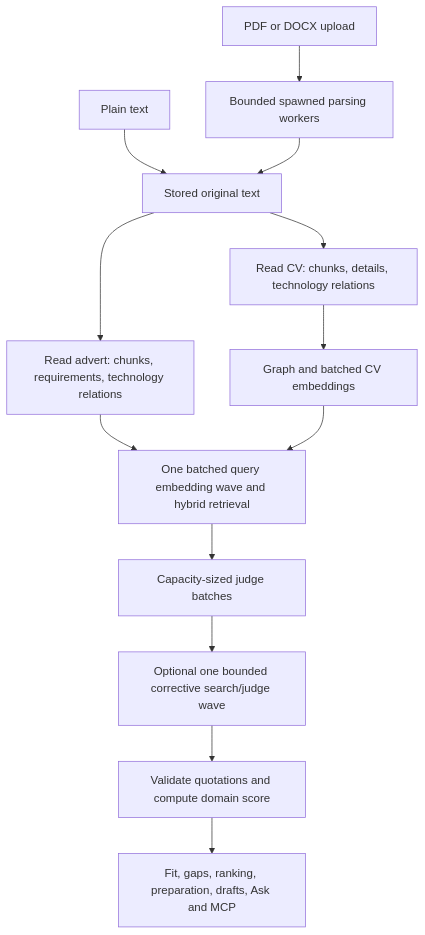
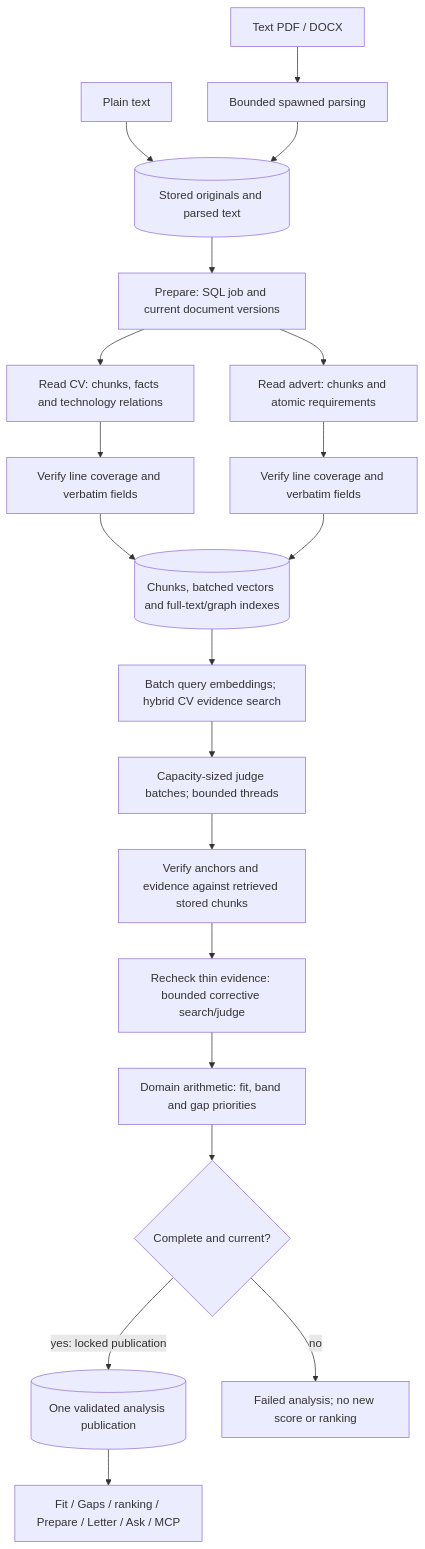
The first of 2 diagrams in docs/architecture.md (ArifMehmood16/career-intelligence-assistant), drawn with Mermaid before and after one commit. The commit also changed other lines of this file and 16 other files, not shown here.

Commit message:
docs: refresh current architecture and UI screenshots

````diff
--- a/docs/architecture.md
+++ b/docs/architecture.md
@@ -9,15 +9,22 @@
 ```mermaid
 flowchart TD
-  upload[PDF or DOCX upload] --> cpu[Bounded spawned parsing workers]
-  text[Plain text] --> stored[Stored original text]
-  cpu --> stored
-  stored --> cv[Read CV: chunks, details, technology relations]
-  stored --> jd[Read advert: chunks, requirements, technology relations]
-  cv --> index[Graph and batched CV embeddings]
-  jd --> search[One batched query embedding wave and hybrid retrieval]
-  index --> search
-  search --> judge[Capacity-sized judge batches]
-  judge --> correction[Optional one bounded corrective search/judge wave]
-  correction --> score[Validate quotations and compute domain score]
-  score --> views[Fit, gaps, ranking, preparation, drafts, Ask and MCP]
+  binary["Text PDF / DOCX"] --> cpu["Bounded spawned parsing"]
+  plain["Plain text"] --> documents[("Stored originals and parsed text")]
+  cpu --> documents
+  documents --> prepare["Prepare: SQL job and current document versions"]
+  prepare --> cv["Read CV: chunks, facts and technology relations"]
+  prepare --> jd["Read advert: chunks and atomic requirements"]
+  cv --> cvcheck["Verify line coverage and verbatim fields"]
+  jd --> jdcheck["Verify line coverage and verbatim fields"]
+  cvcheck --> index[("Chunks, batched vectors and full-text/graph indexes")]
+  jdcheck --> index
+  index --> search["Batch query embeddings; hybrid CV evidence search"]
+  search --> judge["Capacity-sized judge batches; bounded threads"]
+  judge --> verify["Verify anchors and evidence against retrieved stored chunks"]
+  verify --> correction["Recheck thin evidence: bounded corrective search/judge"]
+  correction --> score["Domain arithmetic: fit, band and gap priorities"]
+  score --> complete{"Complete and current?"}
+  complete -->|yes: locked publication| publication[("One validated analysis publication")]
+  complete -->|no| failed["Failed analysis; no new score or ranking"]
+  publication --> views["Fit / Gaps / ranking / Prepare / Letter / Ask / MCP"]
 ```
````
